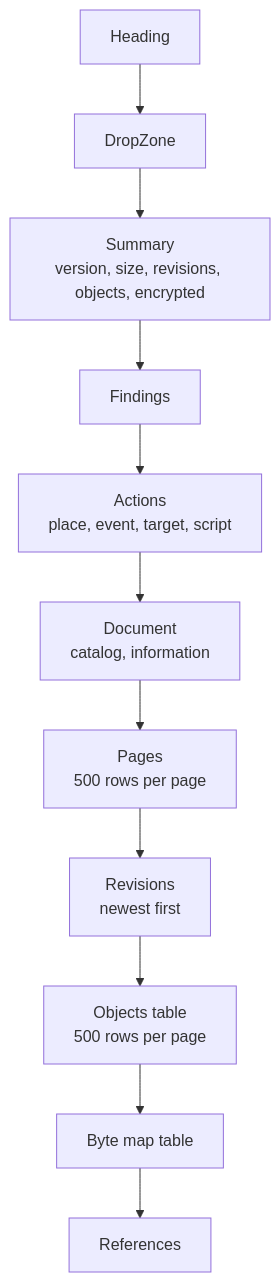
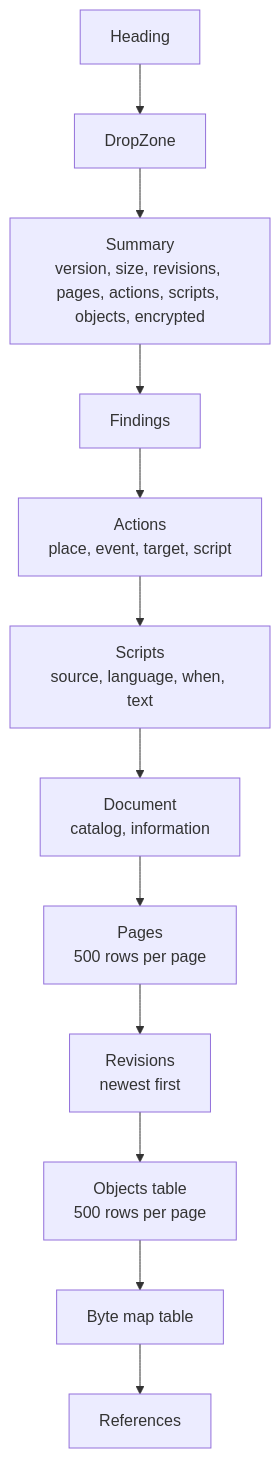
Before and after one commit to photom/benchside: the second of 2 diagrams in docs/explanation/pdf-architecture.md, drawn with Mermaid. The commit also changed other lines of this file and 30 other files, not shown here.

Commit message:
Find PDF scripts outside actions (#11)

````diff
--- a/docs/explanation/pdf-architecture.md
+++ b/docs/explanation/pdf-architecture.md
@@ -75,13 +79,14 @@
 ```mermaid
 flowchart TD
   h[Heading] --> drop[DropZone]
-  drop --> summary["Summary<br/>version, size, revisions, objects, encrypted"]
+  drop --> summary["Summary<br/>version, size, revisions, pages, actions, scripts, objects, encrypted"]
   summary --> findings[Findings]
   findings --> actions["Actions<br/>place, event, target, script"]
-  actions --> doc["Document<br/>catalog, information"]
+  actions --> scripts["Scripts<br/>source, language, when, text"]
+  scripts --> doc["Document<br/>catalog, information"]
   doc --> pages["Pages<br/>500 rows per page"]
   pages --> revs["Revisions<br/>newest first"]
   revs --> objs["Objects table<br/>500 rows per page"]
   objs --> map["Byte map table"]
   map --> refs[References]
 ```
````
